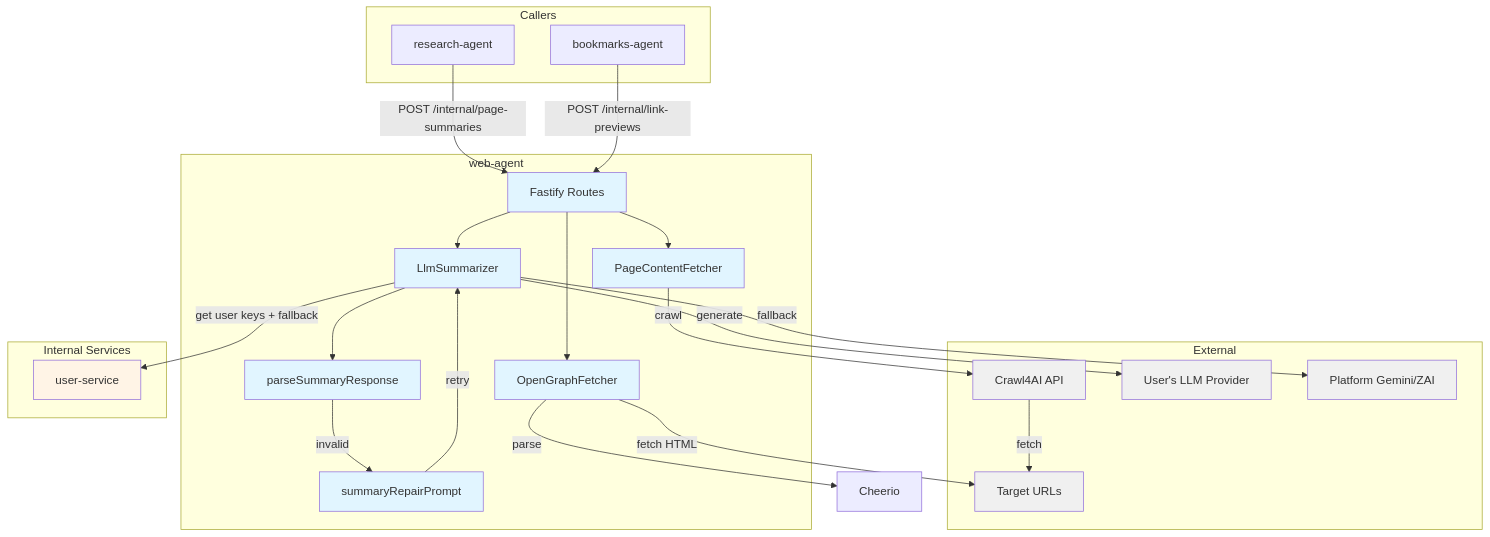
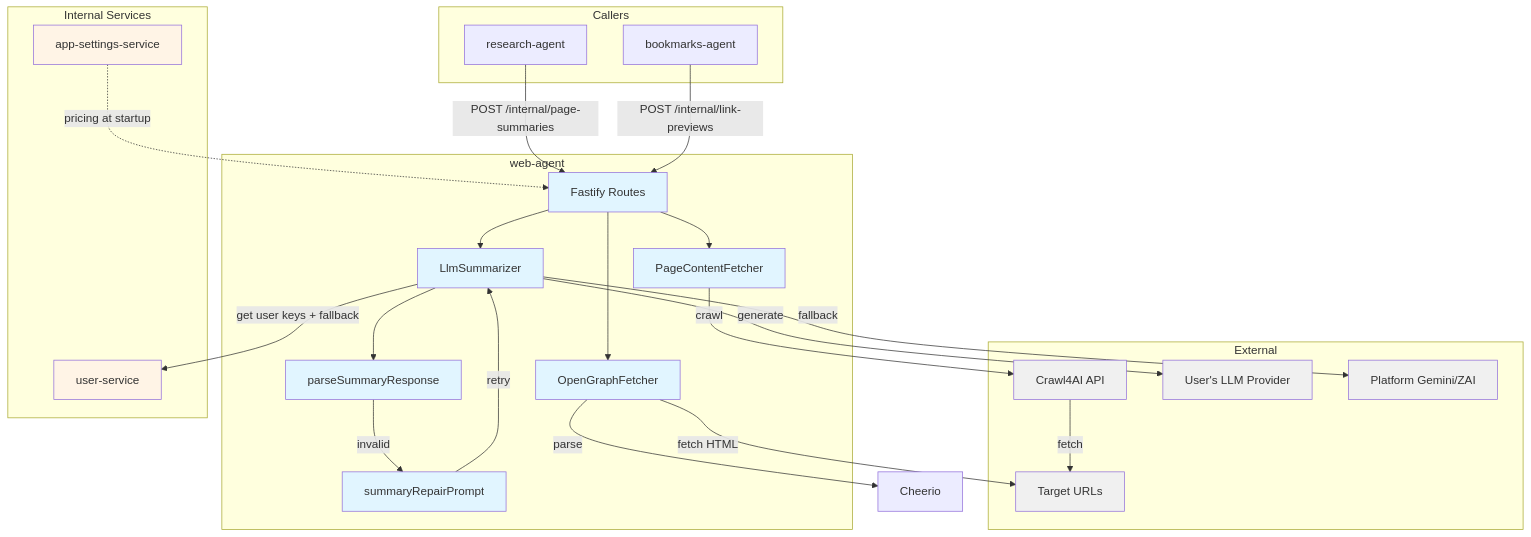
Before and after one commit to pbuchman/intexuraos: the first of 2 diagrams in docs/services/web-agent/technical.md, drawn with Mermaid. The commit also changed other lines of this file and 102 other files, not shown here.

````diff
--- a/docs/services/web-agent/technical.md
+++ b/docs/services/web-agent/technical.md
@@ -11,55 +11,58 @@
 ```mermaid
 graph TB
     subgraph "Callers"
         RA[research-agent]
         BA[bookmarks-agent]
     end
 
     subgraph "web-agent"
         Routes[Fastify Routes]
         PCF[PageContentFetcher]
         LLM[LlmSummarizer]
         OGF[OpenGraphFetcher]
         Parser[parseSummaryResponse]
         Repair[summaryRepairPrompt]
     end
 
     subgraph "External"
         C4AI[Crawl4AI API]
         UserLLM[User's LLM Provider]
         PlatformLLM[Platform Gemini/ZAI]
         Target[Target URLs]
     end
 
     subgraph "Internal Services"
         US[user-service]
+        AS[app-settings-service]
     end
 
     RA -->|POST /internal/page-summaries| Routes
     BA -->|POST /internal/link-previews| Routes
 
     Routes --> PCF
     Routes --> OGF
 
     PCF -->|crawl| C4AI
     C4AI -->|fetch| Target
 
     Routes --> LLM
     LLM -->|get user keys + fallback| US
     LLM -->|generate| UserLLM
     LLM -->|fallback| PlatformLLM
     LLM --> Parser
     Parser -->|invalid| Repair
     Repair -->|retry| LLM
 
     OGF -->|fetch HTML| Target
     OGF -->|parse| Cheerio[Cheerio]
 
+    AS -.->|pricing at startup| Routes
+
     classDef service fill:#e1f5ff
     classDef external fill:#f0f0f0
     classDef internal fill:#fff4e6
 
     class Routes,PCF,LLM,OGF,Parser,Repair service
     class C4AI,UserLLM,PlatformLLM,Target external
-    class US internal
+    class US,AS internal
 ```
````
